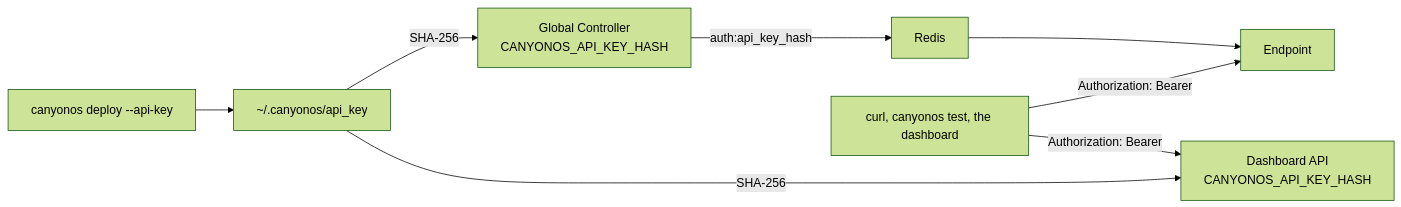
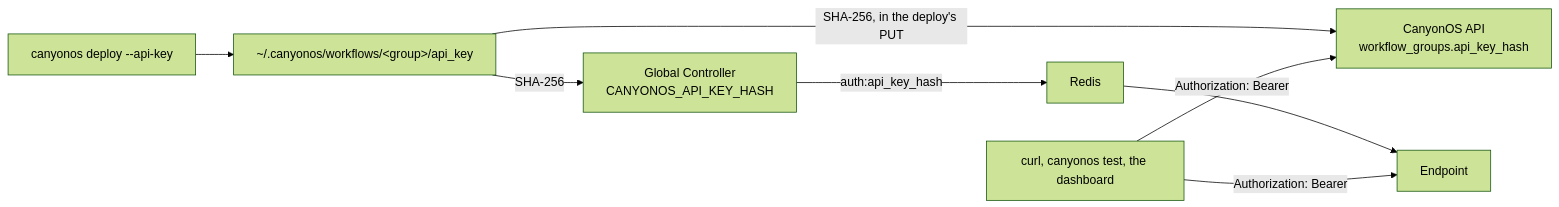
The diagram in docs/guides/AUTHORIZATION.md (CanyonCodeCoreAI/canyonos), drawn with Mermaid (forest theme) before and after one commit. The commit also changed other lines of this file and 129 other files, not shown here.

````diff
--- a/docs/guides/AUTHORIZATION.md
+++ b/docs/guides/AUTHORIZATION.md
@@ -19,10 +18,10 @@
 ```mermaid
 flowchart LR
-    K["canyonos deploy --api-key"] --> F["~/.canyonos/api_key"]
+    K["canyonos deploy --api-key"] --> F["~/.canyonos/workflows/&lt;group&gt;/api_key"]
+    F -->|"SHA-256, in the deploy's PUT"| API["CanyonOS API<br/>workflow_groups.api_key_hash"]
     F -->|"SHA-256"| GC["Global Controller<br/>CANYONOS_API_KEY_HASH"]
     GC -->|"auth:api_key_hash"| R["Redis"]
     R --> E["Endpoint"]
-    F -->|"SHA-256"| API["Dashboard API<br/>CANYONOS_API_KEY_HASH"]
     C["curl, canyonos test, the dashboard"] -->|"Authorization: Bearer"| E
     C -->|"Authorization: Bearer"| API
 ```
````
